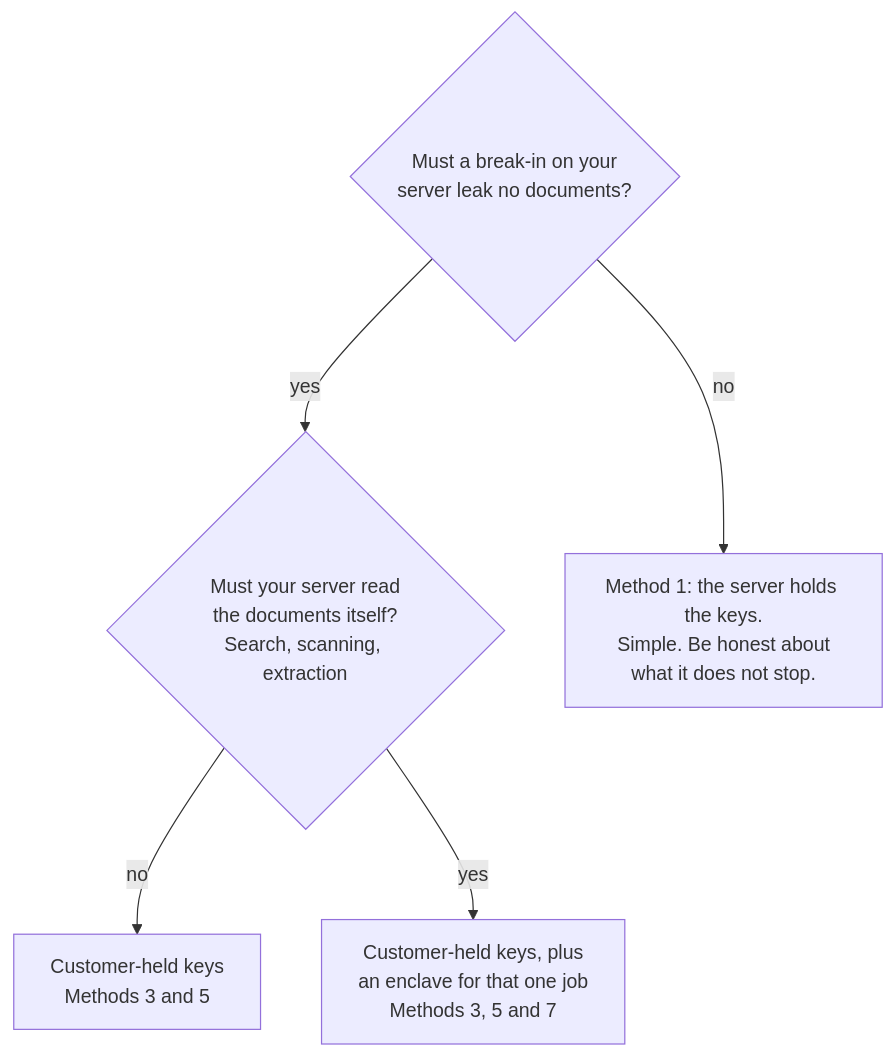
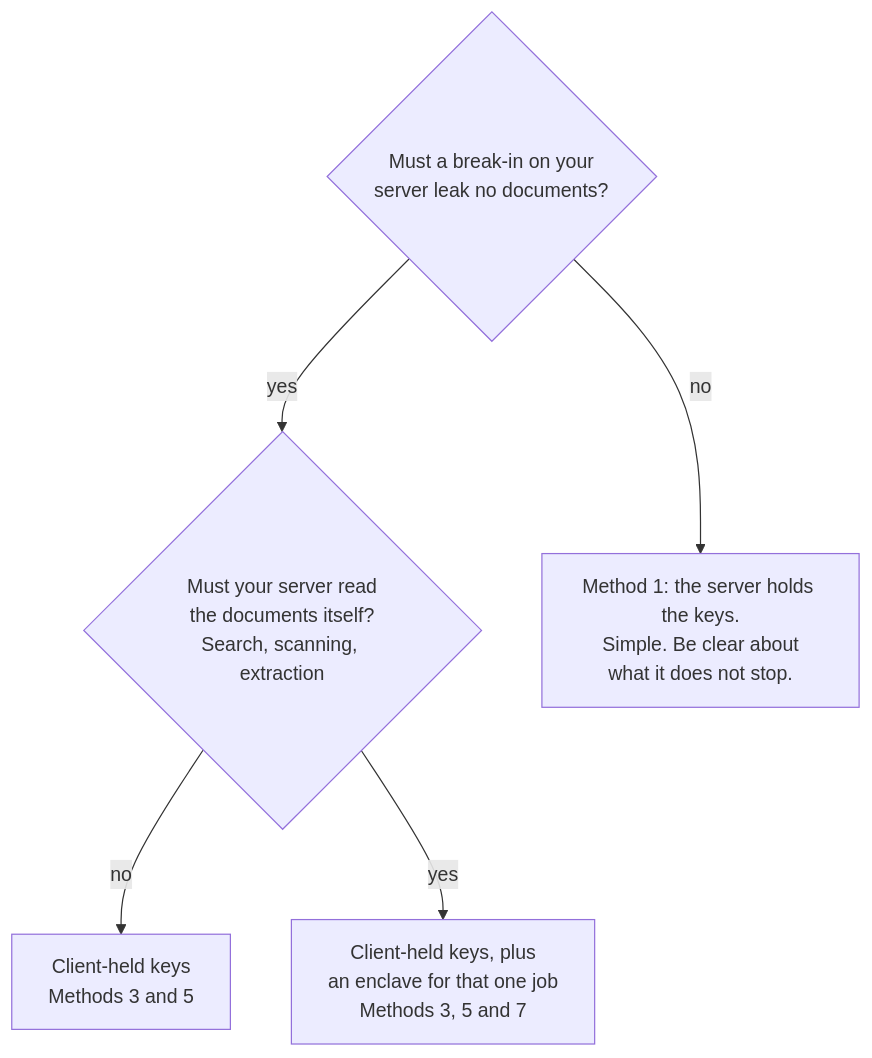
Before and after one commit to kigster/kigre-astro: diagram 16 of 16 in src/content/blog/2026-11-12--sharing-encrypted-documents-without-trusting-your-server.md, drawn with Mermaid. The commit also changed other lines of this file and 4 other files, not shown here.

````diff
--- a/src/content/blog/2026-11-12--sharing-encrypted-documents-without-trusting-your-server.md
+++ b/src/content/blog/2026-11-12--sharing-encrypted-documents-without-trusting-your-server.md
@@ -560,12 +641,12 @@
 ```mermaid
 flowchart TD
     Q1{"Must a break-in on your<br/>server leak no documents?"}
     Q2{"Must your server read<br/>the documents itself?<br/>Search, scanning, extraction"}
-    M1["Method 1: the server holds the keys.<br/>Simple. Be honest about<br/>what it does not stop."]
-    M5["Customer-held keys<br/>Methods 3 and 5"]
-    M7["Customer-held keys, plus<br/>an enclave for that one job<br/>Methods 3, 5 and 7"]
+    M1["Method 1: the server holds the keys.<br/>Simple. Be clear about<br/>what it does not stop."]
+    M5["Client-held keys<br/>Methods 3 and 5"]
+    M7["Client-held keys, plus<br/>an enclave for that one job<br/>Methods 3, 5 and 7"]
     Q1 -->|"no"| M1
     Q1 -->|"yes"| Q2
     Q2 -->|"no"| M5
     Q2 -->|"yes"| M7
 ```
````
